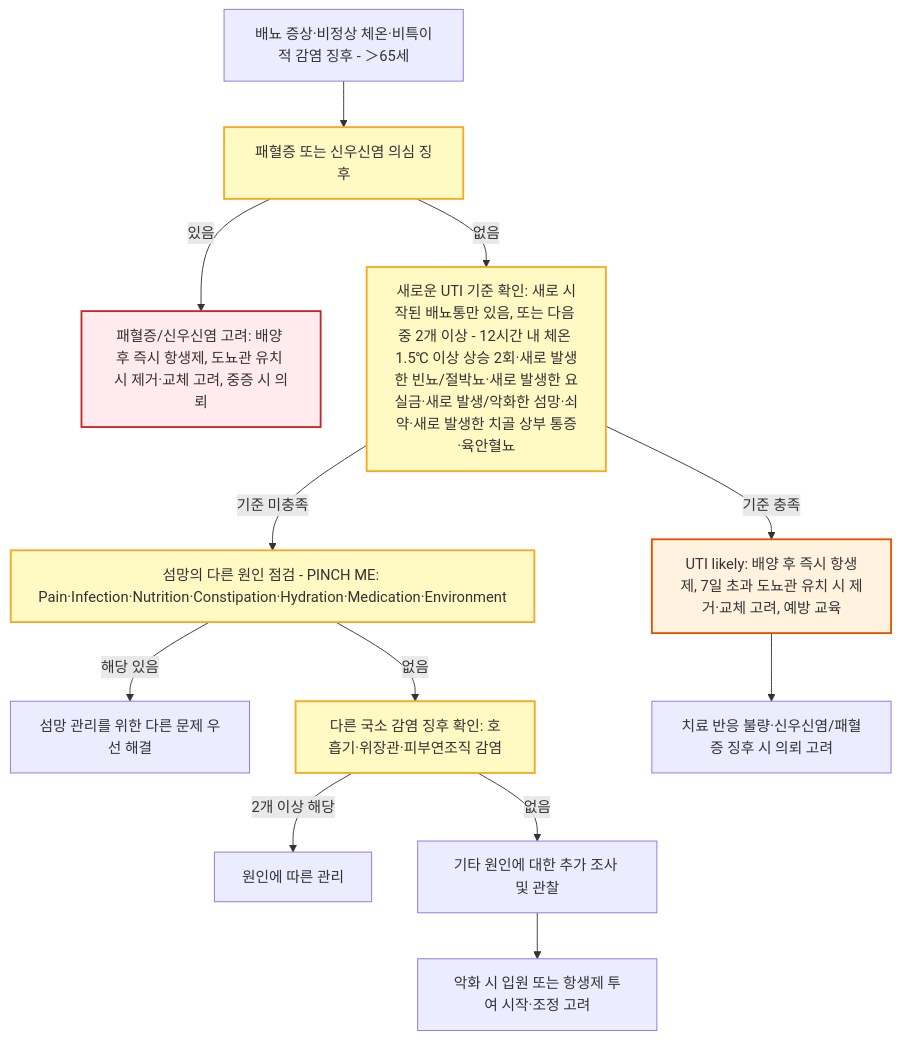
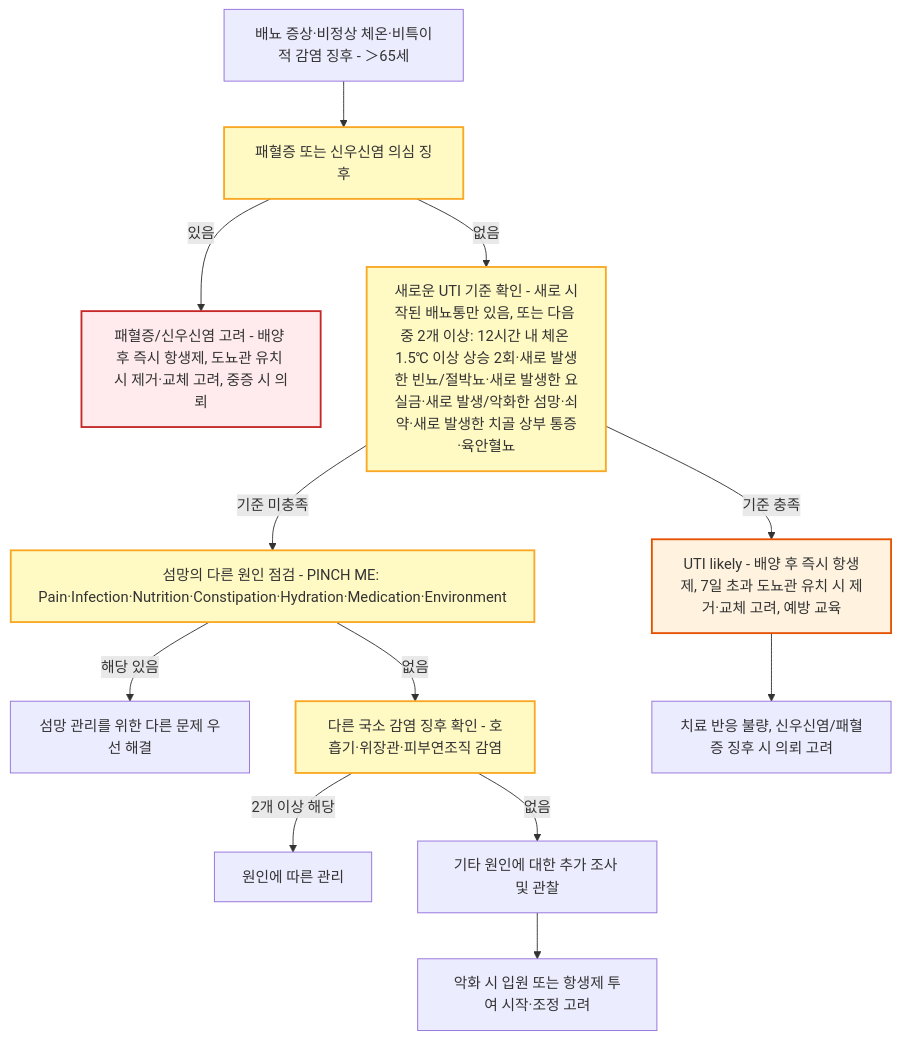
The second of 5 diagrams in 227_/113_-urinary-tract-infection.md (familyoh77/familyoh77), drawn with Mermaid before and after one commit. The commit also changed other lines of this file, not shown here.

````diff
--- a/227_/113_-urinary-tract-infection.md
+++ b/227_/113_-urinary-tract-infection.md
@@ -164,21 +164,21 @@
 ```mermaid
 graph TD
-    A[배뇨 증상·비정상 체온·비특이적 감염 징후 - ＞65세] --> B[패혈증 또는 신우신염 의심 징후]
-    B -->|있음| B1[패혈증/신우신염 고려: 배양 후 즉시 항생제, 도뇨관 유치 시 제거·교체 고려, 중증 시 의뢰]
-    B -->|없음| C[새로운 UTI 기준 확인: 새로 시작된 배뇨통만 있음, 또는 다음 중 2개 이상 - 12시간 내 체온 1.5℃ 이상 상승 2회·새로 발생한 빈뇨/절박뇨·새로 발생한 요실금·새로 발생/악화한 섬망·쇠약·새로 발생한 치골 상부 통증·육안혈뇨]
-    C -->|기준 충족| D[UTI likely: 배양 후 즉시 항생제, 7일 초과 도뇨관 유치 시 제거·교체 고려, 예방 교육]
-    C -->|기준 미충족| E[섬망의 다른 원인 점검 - PINCH ME: Pain·Infection·Nutrition·Constipation·Hydration·Medication·Environment]
-    E -->|해당 있음| E1[섬망 관리를 위한 다른 문제 우선 해결]
-    E -->|없음| F[다른 국소 감염 징후 확인: 호흡기·위장관·피부연조직 감염]
-    F -->|2개 이상 해당| F1[원인에 따른 관리]
-    F -->|없음| G[기타 원인에 대한 추가 조사 및 관찰]
-    D --> H[치료 반응 불량·신우신염/패혈증 징후 시 의뢰 고려]
-    G --> I[악화 시 입원 또는 항생제 투여 시작·조정 고려]
+    A["배뇨 증상·비정상 체온·비특이적 감염 징후 - ＞65세"] --> B["패혈증 또는 신우신염 의심 징후"]
+    B -->|있음| B1["패혈증/신우신염 고려 - 배양 후 즉시 항생제, 도뇨관 유치 시 제거·교체 고려, 중증 시 의뢰"]
+    B -->|없음| C["새로운 UTI 기준 확인 - 새로 시작된 배뇨통만 있음, 또는 다음 중 2개 이상: 12시간 내 체온 1.5℃ 이상 상승 2회·새로 발생한 빈뇨/절박뇨·새로 발생한 요실금·새로 발생/악화한 섬망·쇠약·새로 발생한 치골 상부 통증·육안혈뇨"]
+    C -->|기준 충족| D["UTI likely - 배양 후 즉시 항생제, 7일 초과 도뇨관 유치 시 제거·교체 고려, 예방 교육"]
+    C -->|기준 미충족| E["섬망의 다른 원인 점검 - PINCH ME: Pain·Infection·Nutrition·Constipation·Hydration·Medication·Environment"]
+    E -->|해당 있음| E1["섬망 관리를 위한 다른 문제 우선 해결"]
+    E -->|없음| F["다른 국소 감염 징후 확인 - 호흡기·위장관·피부연조직 감염"]
+    F -->|2개 이상 해당| F1["원인에 따른 관리"]
+    F -->|없음| G["기타 원인에 대한 추가 조사 및 관찰"]
+    D --> H["치료 반응 불량, 신우신염/패혈증 징후 시 의뢰 고려"]
+    G --> I["악화 시 입원 또는 항생제 투여 시작·조정 고려"]
 
     style B fill:#fff9c4,stroke:#f9a825,stroke-width:2px
     style C fill:#fff9c4,stroke:#f9a825,stroke-width:2px
     style E fill:#fff9c4,stroke:#f9a825,stroke-width:2px
     style F fill:#fff9c4,stroke:#f9a825,stroke-width:2px
     style B1 fill:#ffebee,stroke:#c62828,stroke-width:2px
     style D fill:#fff3e0,stroke:#e65100,stroke-width:2px
 ```
````
